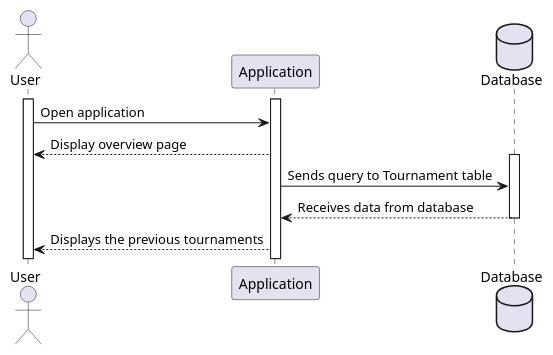
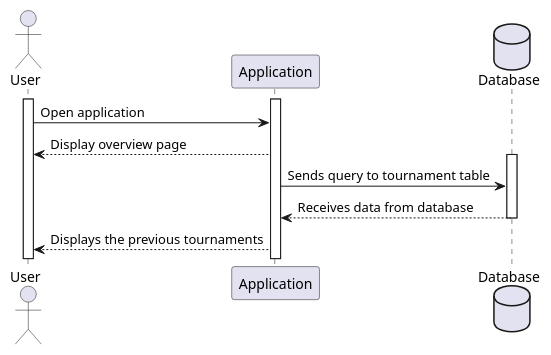
Before and after one commit to itzMesh/DCST1008-Prosjekt: the diagram in ProjektUML/SequencediagramUserAppData/sequence_diagram_open.wsd, drawn with PlantUML. The commit also changed 3 other files, not shown here.

Commit message:
Fixed sequence typo

```diff
--- a/ProjektUML/SequencediagramUserAppData/sequence_diagram_open.wsd
+++ b/ProjektUML/SequencediagramUserAppData/sequence_diagram_open.wsd
@@ -1,23 +1,23 @@
 @startuml SequenceOpen 
 
 actor User as U
 participant Application as A
 database Database as D
 
 activate U
 activate A
 
 U->A: Open application
 A-->U:Display overview page
 activate D
-A->D: Sends query to Tournament table
+A->D: Sends query to tournament table
 D-->A: Receives data from database
 deactivate D
 A-->U: Displays the previous tournaments
 
 
 
 
 
 
 @endumel
```
